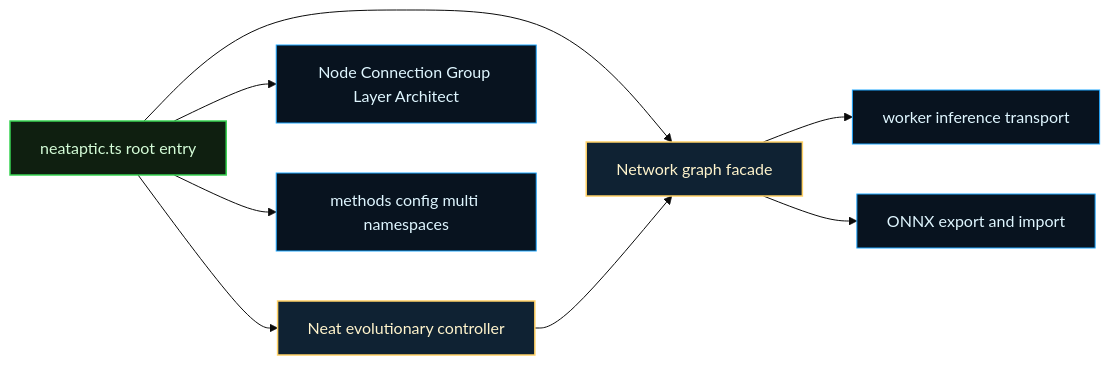
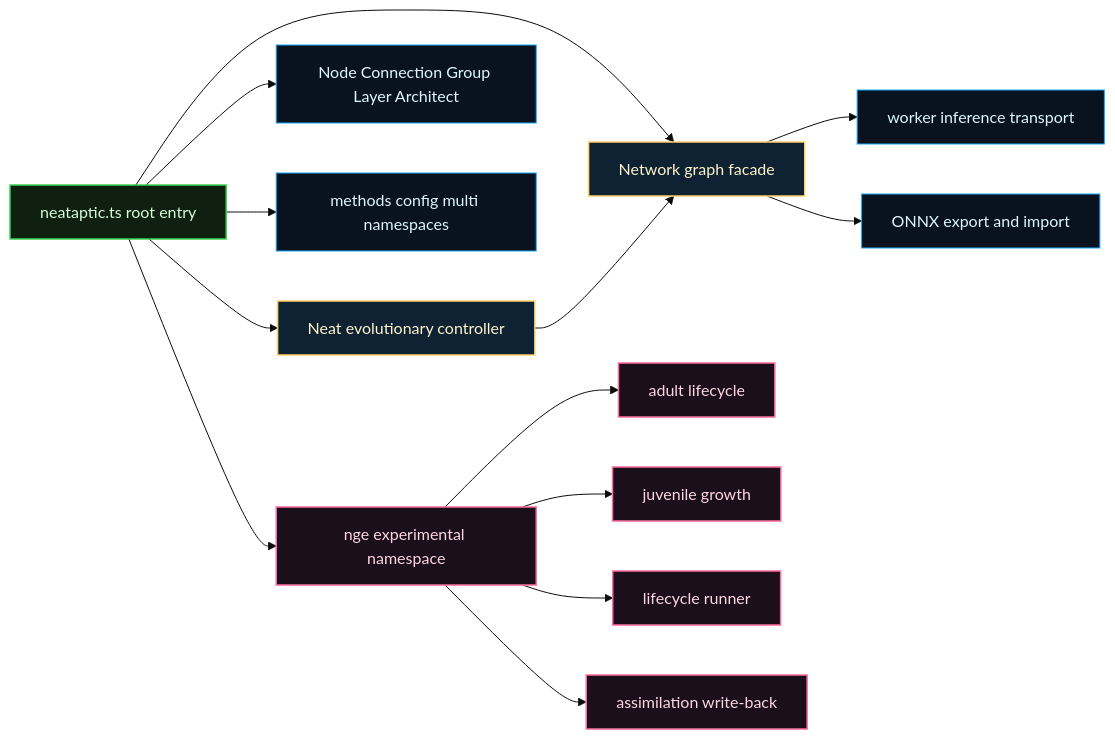
The third of 3 diagrams in src/README.md (reicek/NeatapticTS), drawn with Mermaid (base theme) before and after one commit. The commit also changed other lines of this file and 1216 other files, not shown here.

Commit message:
Repo cortex advanced rag architecture (#50)

````diff
--- a/src/README.md
+++ b/src/README.md
@@ -1578,15 +1586,21 @@
 ```mermaid
 flowchart LR
   classDef base fill:#08131f,stroke:#1ea7ff,color:#dff6ff,stroke-width:1px;
   classDef accent fill:#0f2233,stroke:#ffd166,color:#fff4cc,stroke-width:1.5px;
   classDef entry fill:#0f1f10,stroke:#39d353,color:#d4fcd7,stroke-width:1.5px;
+  classDef experimental fill:#1a0f1a,stroke:#ff6b9d,color:#ffd6e5,stroke-width:1.5px;
 
   neataptic[neataptic.ts root entry]:::entry
   neataptic --> Neat[Neat evolutionary controller]:::accent
   neataptic --> Network[Network graph facade]:::accent
   neataptic --> Primitives[Node Connection Group Layer Architect]:::base
   neataptic --> Namespaces[methods config multi namespaces]:::base
+  neataptic --> nge[nge experimental namespace]:::experimental
   Neat --> Network
   Network --> Workers[worker inference transport]:::base
   Network --> ONNX[ONNX export and import]:::base
+  nge --> adult[adult lifecycle]:::experimental
+  nge --> juvenile[juvenile growth]:::experimental
+  nge --> lifecycle[lifecycle runner]:::experimental
+  nge --> assimilation[assimilation write-back]:::experimental
 ```
````
